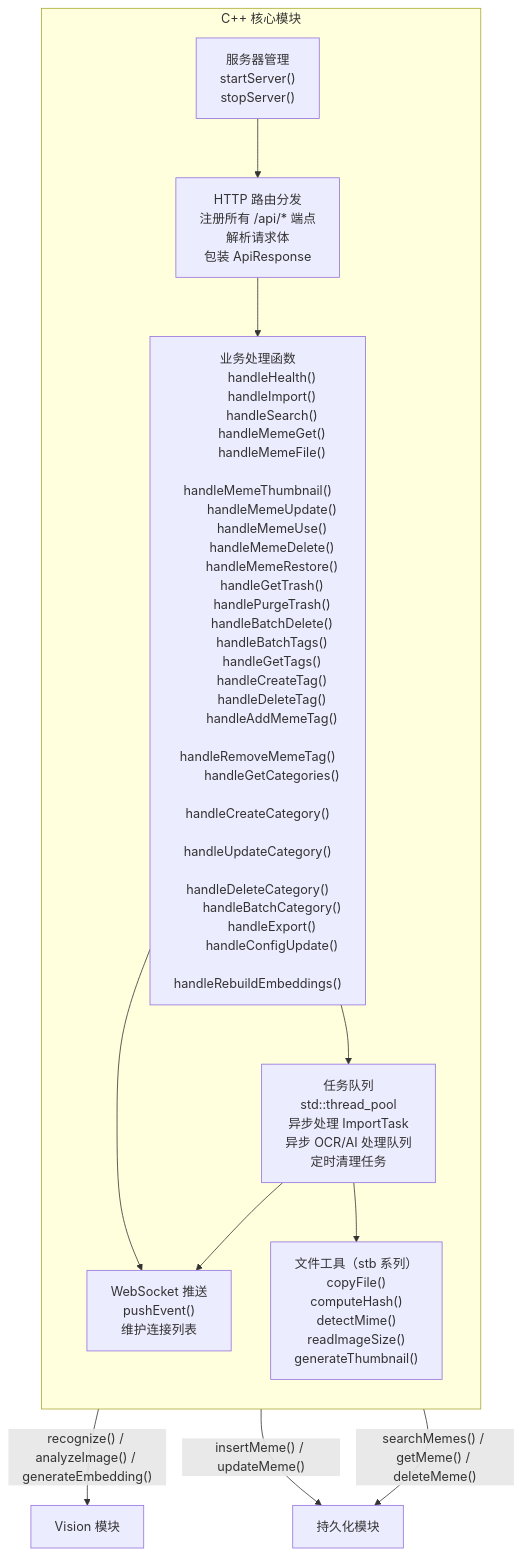
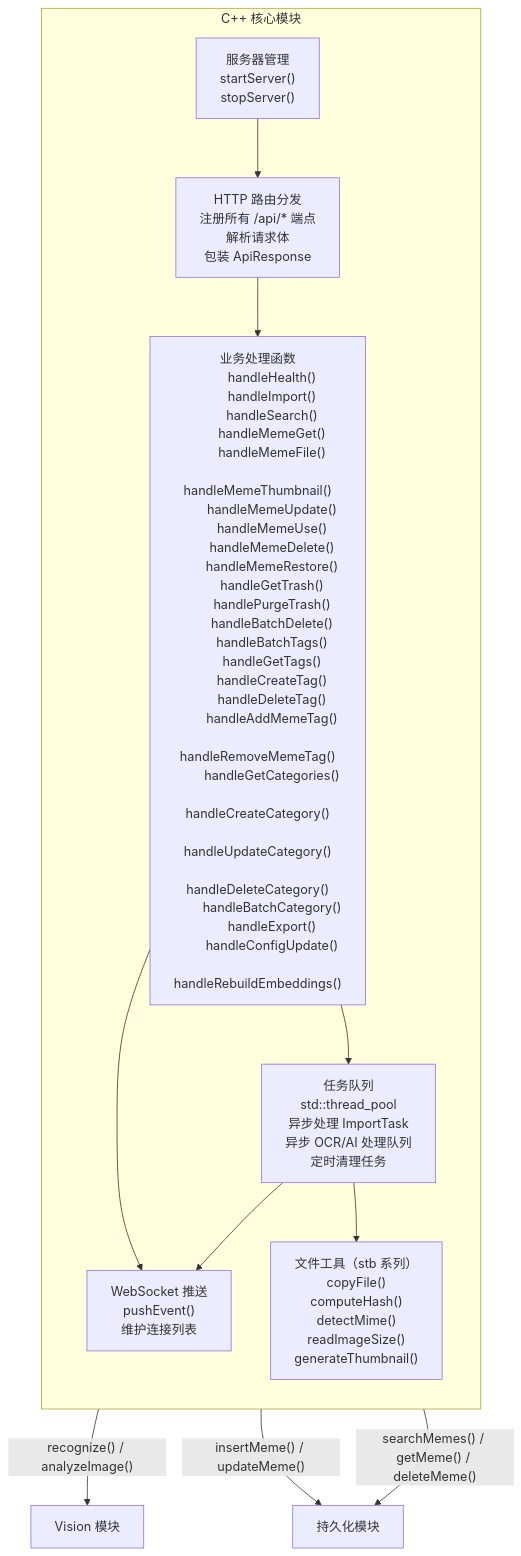
One commit to MintITes/QuickMemes changed the first of 2 diagrams in docs/03-Modules/cpp_core.md. Above: the diagram before and after it, drawn with Mermaid. The commit also changed other lines of this file and 7 other files, not shown here.

````diff
--- a/docs/03-Modules/cpp_core.md
+++ b/docs/03-Modules/cpp_core.md
@@ -39,75 +39,75 @@
 ```mermaid
 graph TD
     subgraph CORE ["C++ 核心模块"]
         direction TB
 
         SERVER["服务器管理
         startServer()
         stopServer()"]
 
         ROUTER["HTTP 路由分发
         注册所有 /api/* 端点
         解析请求体
         包装 ApiResponse"]
 
         HANDLERS["业务处理函数
         handleHealth()
         handleImport()
         handleSearch()
         handleMemeGet()
         handleMemeFile()
         handleMemeThumbnail()
         handleMemeUpdate()
         handleMemeUse()
         handleMemeDelete()
         handleMemeRestore()
         handleGetTrash()
         handlePurgeTrash()
         handleBatchDelete()
         handleBatchTags()
         handleGetTags()
         handleCreateTag()
         handleDeleteTag()
         handleAddMemeTag()
         handleRemoveMemeTag()
         handleGetCategories()
         handleCreateCategory()
         handleUpdateCategory()
         handleDeleteCategory()
         handleBatchCategory()
         handleExport()
         handleConfigUpdate()
         handleRebuildEmbeddings()"]
 
         TASK_QUEUE["任务队列
         std::thread_pool
         异步处理 ImportTask
         异步 OCR/AI 处理队列
         定时清理任务"]
 
         WS_PUSHER["WebSocket 推送
         pushEvent()
         维护连接列表"]
 
         FILE_UTILS["文件工具（stb 系列）
         copyFile()
         computeHash()
         detectMime()
         readImageSize()
         generateThumbnail()"]
 
         SERVER --> ROUTER
         ROUTER --> HANDLERS
         HANDLERS --> TASK_QUEUE
         HANDLERS --> WS_PUSHER
         TASK_QUEUE --> WS_PUSHER
         TASK_QUEUE --> FILE_UTILS
     end
 
     VISION["Vision 模块"]
     DB["持久化模块"]
 
-    TASK_QUEUE -->|"recognize() / analyzeImage() / generateEmbedding()"| VISION
+    TASK_QUEUE -->|"recognize() / analyzeImage()"| VISION
     TASK_QUEUE -->|"insertMeme() / updateMeme()"| DB
     HANDLERS -->|"searchMemes() / getMeme() / deleteMeme()"| DB
 ```
````
